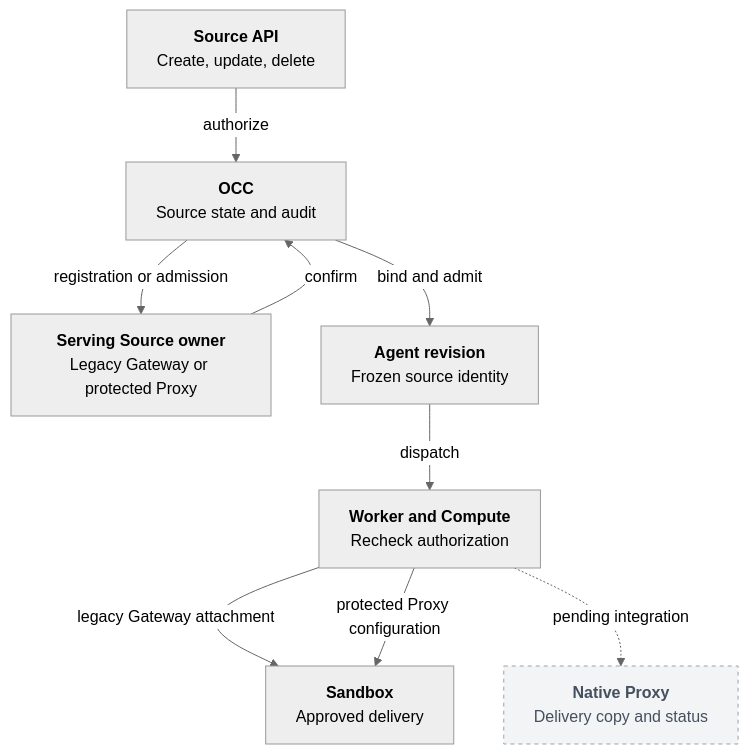
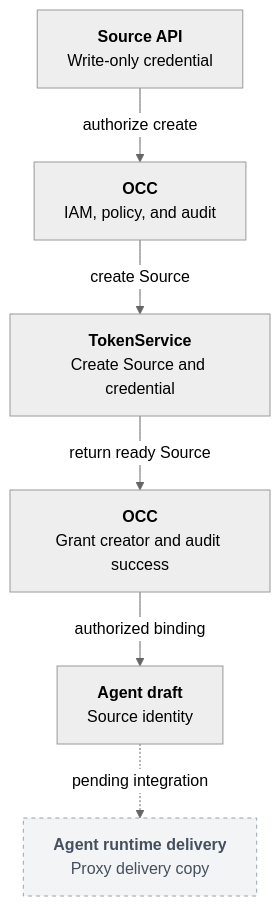
The diagram in docs/flows/credential-source-lifecycle.md (openclaw/openclaw-enterprise), drawn with Mermaid (neutral theme) before and after one commit. The commit also changed other lines of this file and 54 other files, not shown here.

First line of the commit message:
Let TokenService own managed credential sources and transactions (#6707)

````diff
--- a/docs/flows/credential-source-lifecycle.md
+++ b/docs/flows/credential-source-lifecycle.md
@@ -23,13 +23,10 @@
 ```mermaid
 graph TD
-  API["<b>Source API</b><br/>Create, update, delete"] -->|authorize| OCC["<b>OCC</b><br/>Source state and audit"]
-  OCC -->|registration or admission| Owner["<b>Serving Source owner</b><br/>Legacy Gateway or protected Proxy"]
-  Owner -->|confirm| OCC
-  OCC -->|bind and admit| Revision["<b>Agent revision</b><br/>Frozen source identity"]
-  Revision -->|dispatch| Worker["<b>Worker and Compute</b><br/>Recheck authorization"]
-  Worker -->|legacy Gateway attachment| Sandbox["<b>Sandbox</b><br/>Approved delivery"]
-  Worker -->|protected Proxy configuration| Sandbox
-  Worker -. pending integration .-> Staged["<b>Native Proxy</b><br/>Delivery copy and status"]
+  API["<b>Source API</b><br/>Write-only credential"] -->|authorize create| OCC["<b>OCC</b><br/>IAM, policy, and audit"]
+  OCC -->|create Source| Owner["<b>TokenService</b><br/>Create Source and credential"]
+  Owner -->|return ready Source| Grants["<b>OCC</b><br/>Grant creator and audit success"]
+  Grants -->|authorized binding| Draft["<b>Agent draft</b><br/>Source identity"]
+  Draft -. pending integration .-> Delivery["<b>Agent runtime delivery</b><br/>Proxy delivery copy"]
   classDef pending fill:#F3F4F6,stroke:#98A2AE,color:#44505F,stroke-dasharray:4 4
-  class Staged pending
+  class Delivery pending
 ```
````
